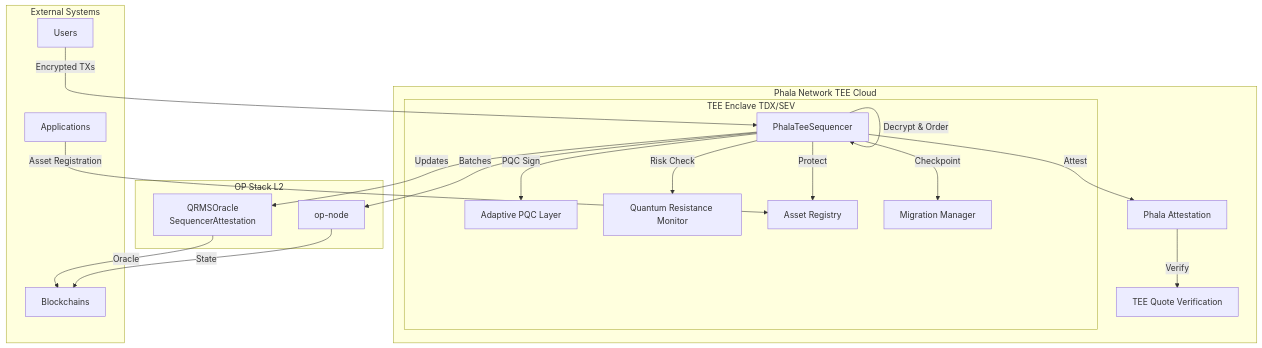
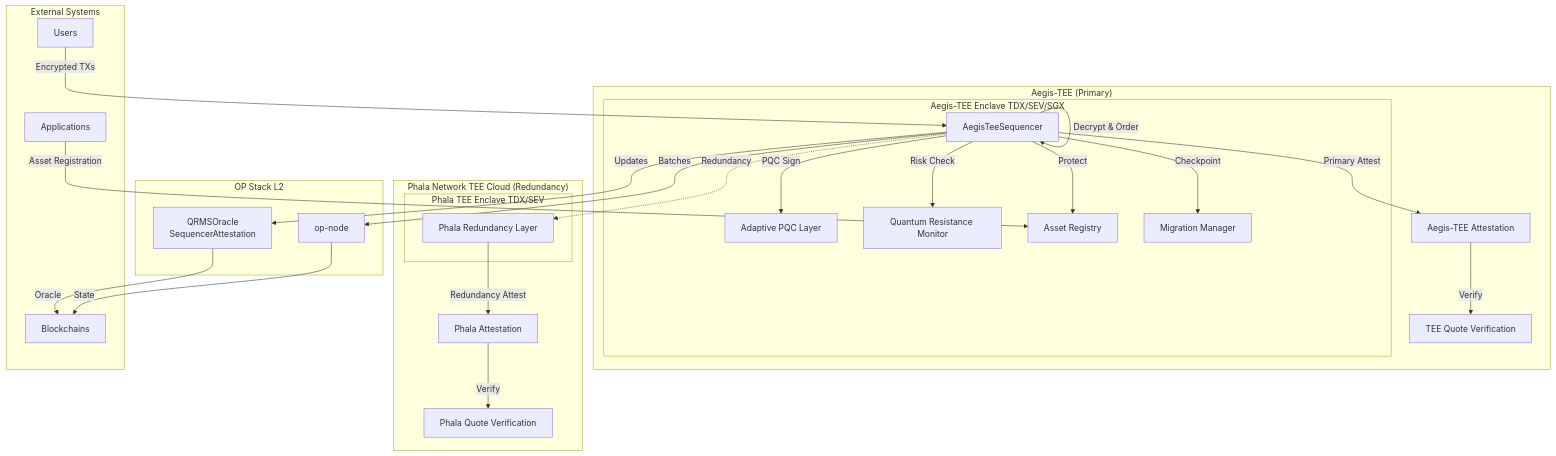
Before and after one commit to Halo-Labs-xyz/qAegis: the first of 4 diagrams in docs/architecture/phala_integration.md, drawn with Mermaid. The commit also changed other lines of this file and 26 other files, not shown here.

````diff
--- a/docs/architecture/phala_integration.md
+++ b/docs/architecture/phala_integration.md
@@ -9,43 +18,56 @@
 ```mermaid
 graph TB
-    subgraph PhalaCloud["Phala Network TEE Cloud"]
-        subgraph Enclave["TEE Enclave TDX/SEV"]
-            SEQ[PhalaTeeSequencer]
+    subgraph AegisTEE["Aegis-TEE (Primary)"]
+        subgraph AegisEnclave["Aegis-TEE Enclave TDX/SEV/SGX"]
+            SEQ[AegisTeeSequencer]
             APQC[Adaptive PQC Layer]
             QRM[Quantum Resistance Monitor]
             ASSETS[Asset Registry]
             MIGRATION[Migration Manager]
         end
         
-        ATTEST[Phala Attestation]
-        QUOTE[TEE Quote Verification]
+        AEGIS_ATTEST[Aegis-TEE Attestation]
+        AEGIS_QUOTE[TEE Quote Verification]
+    end
+    
+    subgraph PhalaCloud["Phala Network TEE Cloud (Redundancy)"]
+        subgraph PhalaEnclave["Phala TEE Enclave TDX/SEV"]
+            PHALA_SEQ[Phala Redundancy Layer]
+        end
+        
+        PHALA_ATTEST[Phala Attestation]
+        PHALA_QUOTE[Phala Quote Verification]
     end
     
     subgraph External["External Systems"]
         USERS[Users]
         APPS[Applications]
         CHAINS[Blockchains]
     end
     
     subgraph L2["OP Stack L2"]
         OP_NODE[op-node]
         CONTRACTS[QRMSOracle<br/>SequencerAttestation]
     end
     
     USERS -->|Encrypted TXs| SEQ
     APPS -->|Asset Registration| ASSETS
     SEQ -->|Decrypt & Order| SEQ
     SEQ -->|PQC Sign| APQC
     SEQ -->|Risk Check| QRM
     SEQ -->|Protect| ASSETS
     SEQ -->|Checkpoint| MIGRATION
     
-    SEQ -->|Attest| ATTEST
-    ATTEST -->|Verify| QUOTE
+    SEQ -->|Primary Attest| AEGIS_ATTEST
+    AEGIS_ATTEST -->|Verify| AEGIS_QUOTE
+    
+    SEQ -.->|Redundancy| PHALA_SEQ
+    PHALA_SEQ -->|Redundancy Attest| PHALA_ATTEST
+    PHALA_ATTEST -->|Verify| PHALA_QUOTE
     
     SEQ -->|Batches| OP_NODE
     SEQ -->|Updates| CONTRACTS
     
     OP_NODE -->|State| CHAINS
     CONTRACTS -->|Oracle| CHAINS
 ```
````
